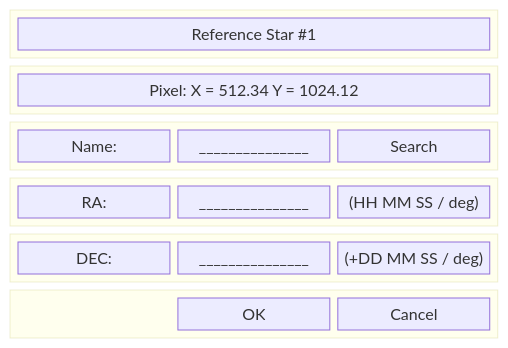
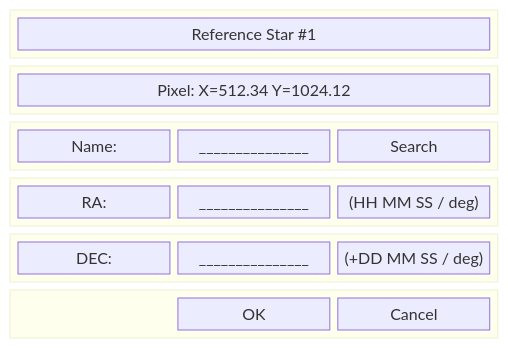
One commit to ysmr3104/manual-image-solver changed the second of 2 diagrams in docs/specs.md. Above: the diagram before and after it, drawn with Mermaid. The commit also changed other lines of this file, not shown here.

First line of the commit message:
fix: Mermaid block-beta の特殊文字エスケープエラーを修正

````diff
--- a/docs/specs.md
+++ b/docs/specs.md
@@ -228,42 +237,36 @@
 ```mermaid
 block-beta
   columns 3
 
   block:title:3
-    columns 1
     Title["Reference Star #1"]
   end
 
   block:pixel:3
-    columns 1
-    PixelInfo["Pixel:  X = 512.34    Y = 1024.12"]
+    PixelInfo["Pixel: X=512.34  Y=1024.12"]
   end
 
   block:name:3
-    columns 3
     NameLabel["Name:"]
     NameEdit["_______________"]
     SearchBtn["Search"]
   end
 
   block:ra:3
-    columns 3
     RALabel["RA:"]
     RAEdit["_______________"]
     RAHint["(HH MM SS / deg)"]
   end
 
   block:dec:3
-    columns 3
     DECLabel["DEC:"]
     DECEdit["_______________"]
     DECHint["(+DD MM SS / deg)"]
   end
 
   block:btns:3
-    columns 3
     space
     OKBtn["OK"]
     CancelBtn["Cancel"]
   end
 ```
````
